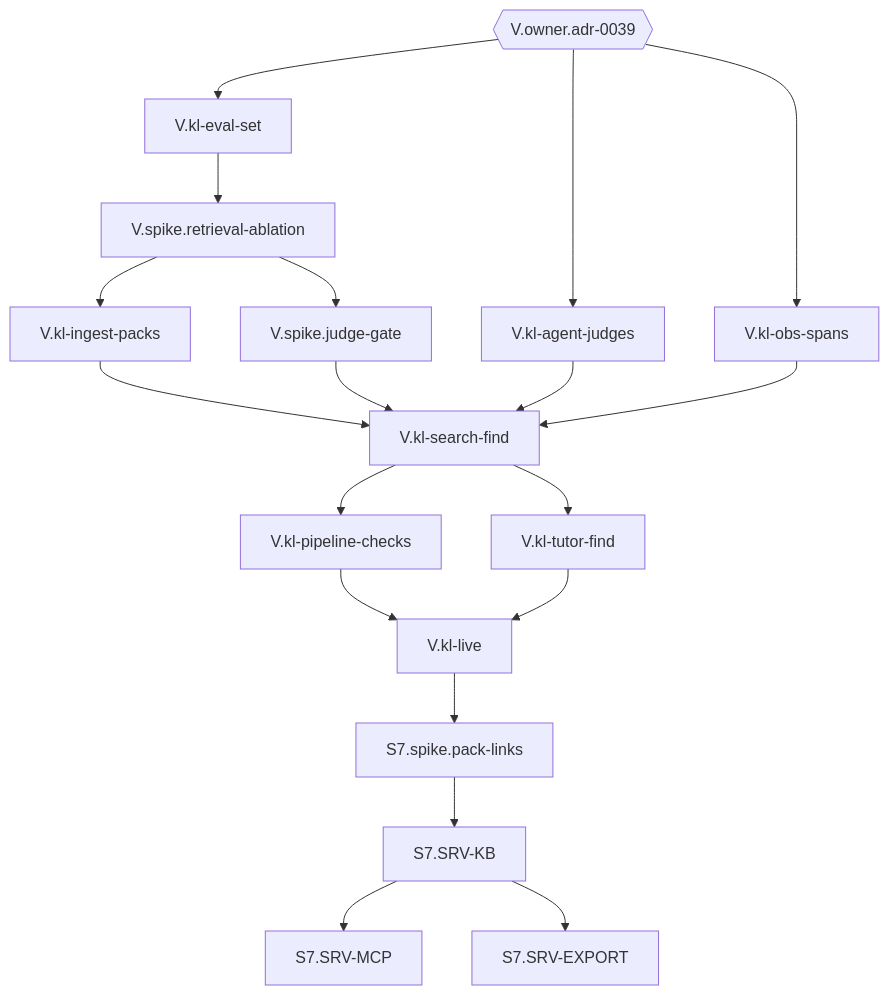
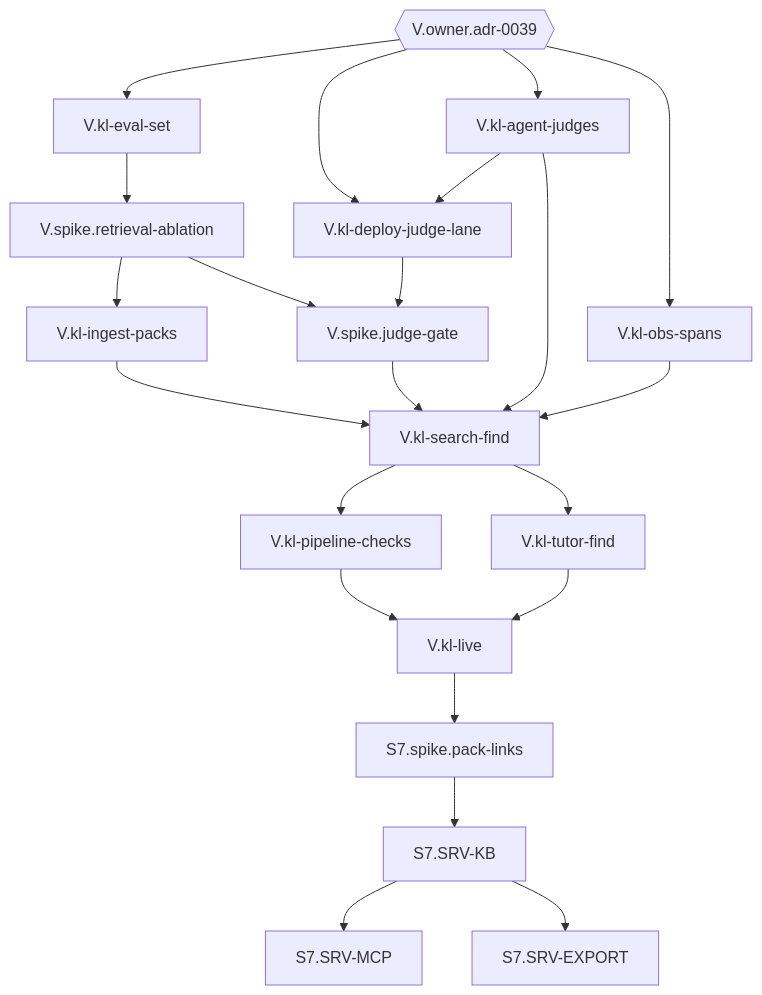
One commit to m1than/reader-ai changed the diagram in docs/plans/adr-0039-execution.md. Above: the diagram before and after it, drawn with Mermaid. The commit also changed other lines of this file and 6 other files, not shown here.

````diff
--- a/docs/plans/adr-0039-execution.md
+++ b/docs/plans/adr-0039-execution.md
@@ -22,19 +24,22 @@
 ```mermaid
 flowchart TB
   adr{{V.owner.adr-0039}}
   adr --> eval[V.kl-eval-set] --> abl[V.spike.retrieval-ablation] --> gate[V.spike.judge-gate]
   adr --> agent[V.kl-agent-judges]
+  adr --> lane[V.kl-deploy-judge-lane]
+  agent --> lane
+  lane --> gate
   adr --> obs[V.kl-obs-spans]
   abl --> ingest[V.kl-ingest-packs]
   ingest --> search[V.kl-search-find]
   gate --> search
   agent --> search
   obs --> search
   search --> pipe[V.kl-pipeline-checks]
   search --> tutor[V.kl-tutor-find]
   pipe --> live[V.kl-live]
   tutor --> live
   live --> links[S7.spike.pack-links] --> kb[S7.SRV-KB]
   kb --> mcp[S7.SRV-MCP]
   kb --> export[S7.SRV-EXPORT]
 ```
````
